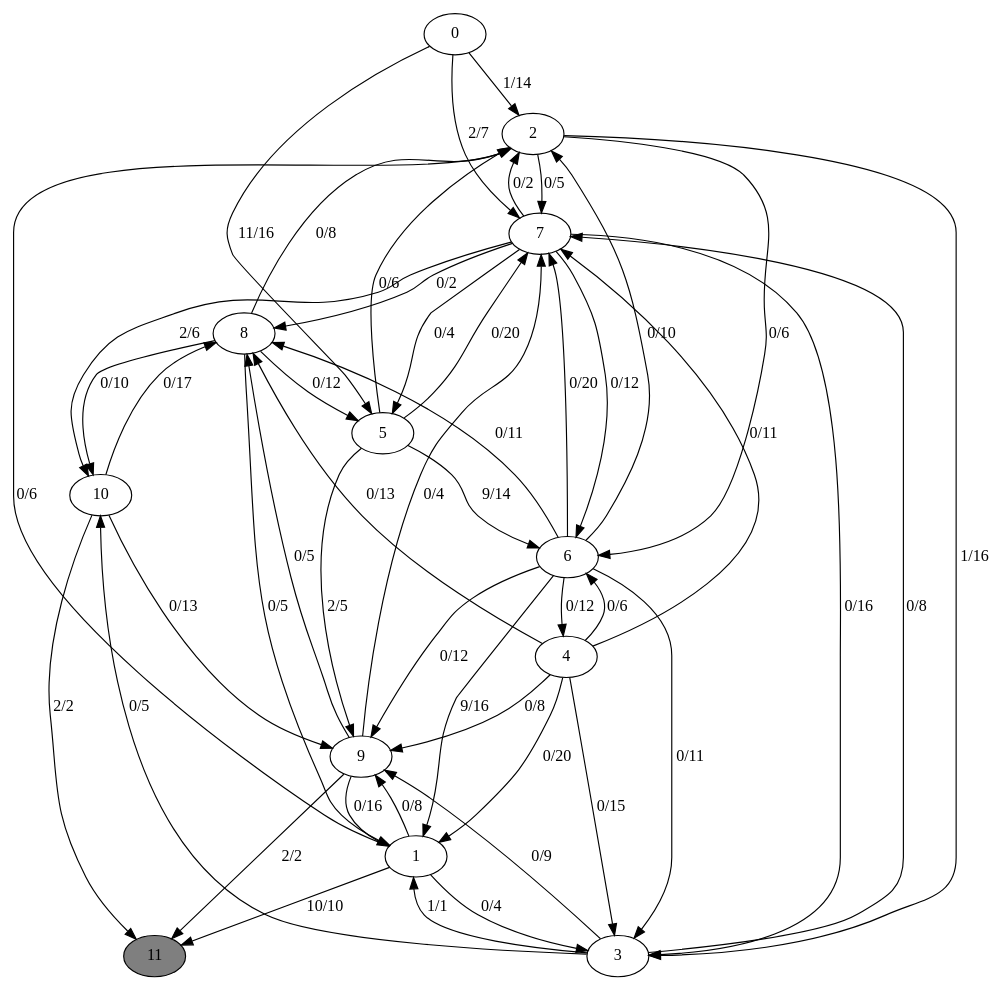
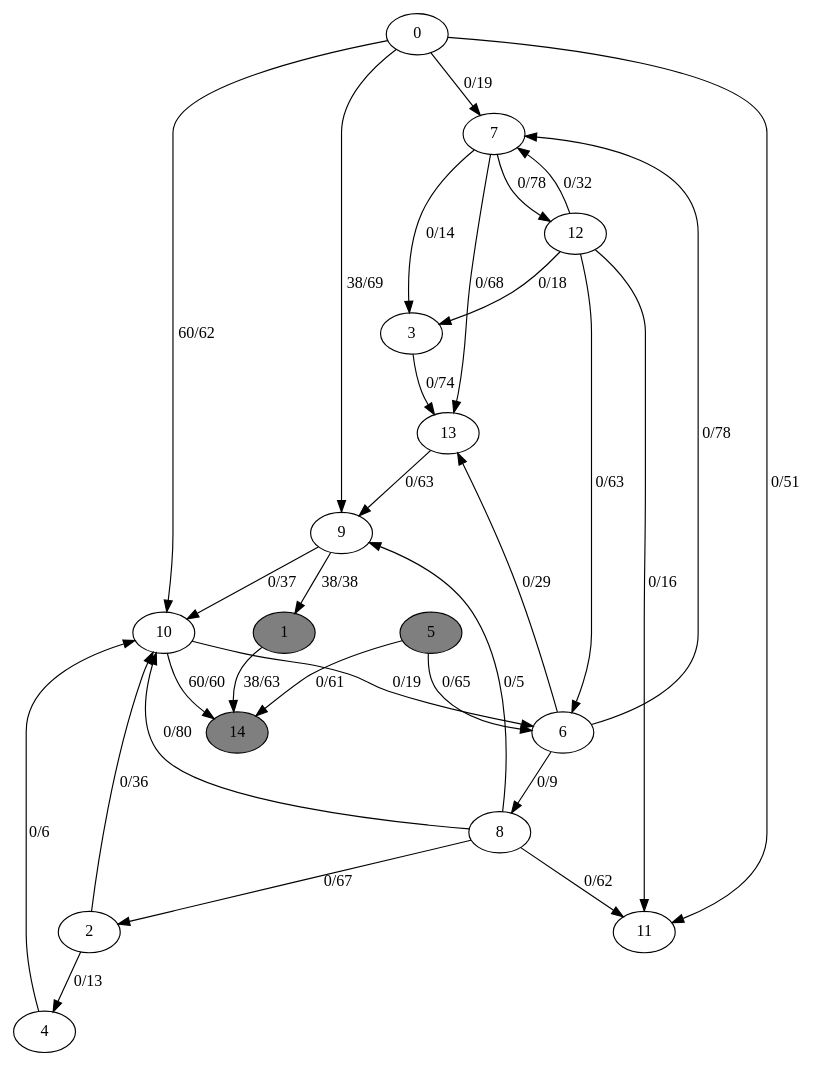
One commit to vnce100/Metamorph changed the diagram in res/testFlow/test23.dot. Above: the diagram before and after it, drawn with Graphviz. The commit also changed 401 other files, not shown here.

```diff
--- a/res/testFlow/test23.dot
+++ b/res/testFlow/test23.dot
@@ -1,62 +1,47 @@
 digraph G {
 	0[style=filled fillcolor=grey100];
-	0->2[label ="1/14"] ;
-	0->5[label ="11/16"] ;
-	0->7[label ="2/7"] ;
-	1[style=filled fillcolor=grey100];
-	1->2[label ="0/6"] ;
-	1->3[label ="0/4"] ;
-	1->9[label ="0/8"] ;
-	1->11[label ="10/10"] ;
+	0->7[label ="0/19"] ;
+	0->9[label ="38/69"] ;
+	0->10[label ="60/62"] ;
+	0->11[label ="0/51"] ;
+	1[style=filled fillcolor=grey50];
+	1->14[label ="38/63"] ;
 	2[style=filled fillcolor=grey100];
-	2->3[label ="1/16"] ;
-	2->6[label ="0/6"] ;
-	2->7[label ="0/5"] ;
+	2->4[label ="0/13"] ;
+	2->10[label ="0/36"] ;
 	3[style=filled fillcolor=grey100];
-	3->1[label ="1/1"] ;
-	3->7[label ="0/8"] ;
-	3->9[label ="0/9"] ;
-	3->10[label ="0/5"] ;
+	3->13[label ="0/74"] ;
 	4[style=filled fillcolor=grey100];
-	4->1[label ="0/20"] ;
-	4->3[label ="0/15"] ;
-	4->6[label ="0/6"] ;
-	4->7[label ="0/11"] ;
-	4->8[label ="0/13"] ;
-	4->9[label ="0/8"] ;
-	5[style=filled fillcolor=grey100];
-	5->2[label ="0/6"] ;
-	5->6[label ="9/14"] ;
-	5->7[label ="0/20"] ;
-	5->9[label ="2/5"] ;
+	4->10[label ="0/6"] ;
+	5[style=filled fillcolor=grey50];
+	5->6[label ="0/65"] ;
+	5->14[label ="0/61"] ;
 	6[style=filled fillcolor=grey100];
-	6->1[label ="9/16"] ;
-	6->2[label ="0/10"] ;
-	6->3[label ="0/11"] ;
-	6->4[label ="0/12"] ;
-	6->7[label ="0/20"] ;
-	6->8[label ="0/11"] ;
-	6->9[label ="0/12"] ;
+	6->7[label ="0/78"] ;
+	6->8[label ="0/9"] ;
+	6->13[label ="0/29"] ;
 	7[style=filled fillcolor=grey100];
-	7->2[label ="0/2"] ;
-	7->3[label ="0/16"] ;
-	7->5[label ="0/4"] ;
-	7->6[label ="0/12"] ;
-	7->8[label ="0/2"] ;
-	7->10[label ="2/6"] ;
+	7->3[label ="0/14"] ;
+	7->12[label ="0/78"] ;
+	7->13[label ="0/68"] ;
 	8[style=filled fillcolor=grey100];
-	8->1[label ="0/5"] ;
-	8->2[label ="0/8"] ;
-	8->5[label ="0/12"] ;
-	8->10[label ="0/10"] ;
+	8->2[label ="0/67"] ;
+	8->9[label ="0/5"] ;
+	8->10[label ="0/80"] ;
+	8->11[label ="0/62"] ;
 	9[style=filled fillcolor=grey100];
-	9->1[label ="0/16"] ;
-	9->7[label ="0/4"] ;
-	9->8[label ="0/5"] ;
-	9->11[label ="2/2"] ;
+	9->1[label ="38/38"] ;
+	9->10[label ="0/37"] ;
 	10[style=filled fillcolor=grey100];
-	10->8[label ="0/17"] ;
-	10->9[label ="0/13"] ;
-	10->11[label ="2/2"] ;
-	11[style=filled fillcolor=grey50];
+	10->6[label ="0/19"] ;
+	10->14[label ="60/60"] ;
+	11[style=filled fillcolor=grey100];
+	12[style=filled fillcolor=grey100];
+	12->3[label ="0/18"] ;
+	12->6[label ="0/63"] ;
+	12->7[label ="0/32"] ;
+	12->11[label ="0/16"] ;
+	13[style=filled fillcolor=grey100];
+	13->9[label ="0/63"] ;
+	14[style=filled fillcolor=grey50];
 }
```
